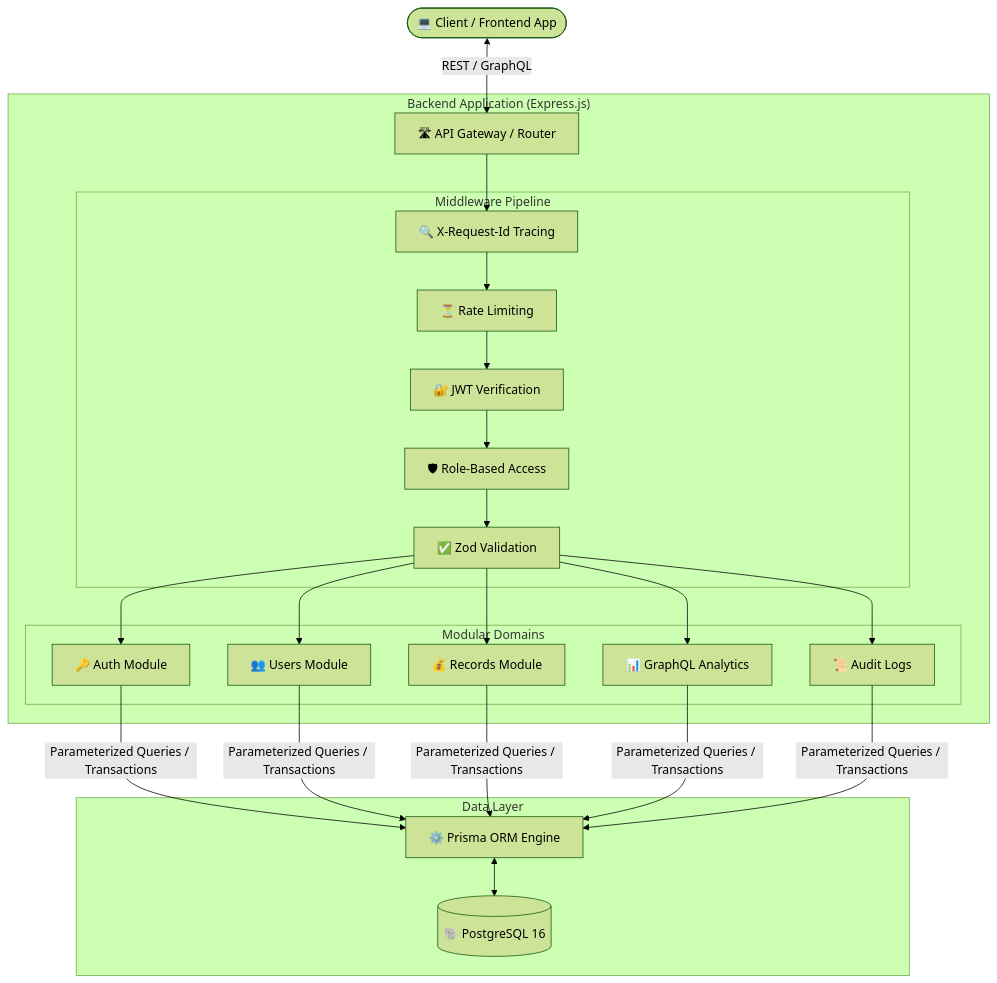
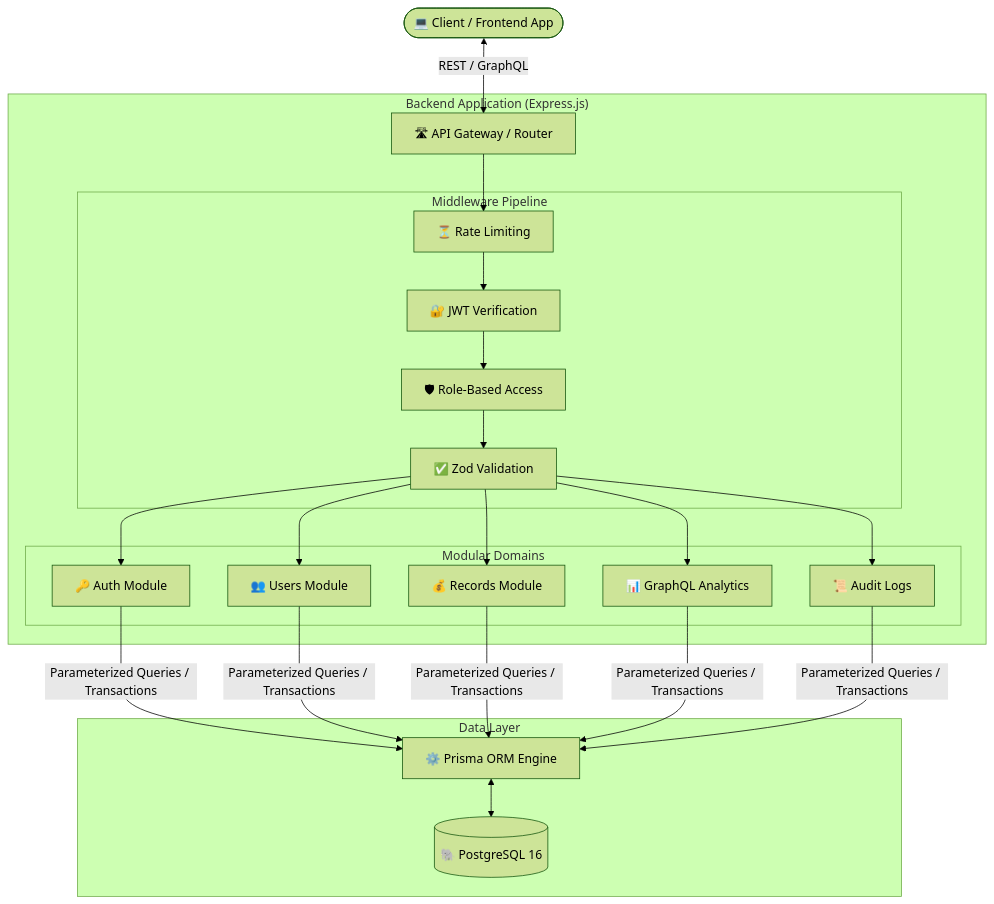
Before and after one commit to nishchaychaudhary1729/backend-zorvyn: the first of 4 diagrams in README.md, drawn with Mermaid (forest theme). The commit also changed other lines of this file and 1 other file, not shown here.

````diff
--- a/README.md
+++ b/README.md
@@ -21,37 +21,36 @@
 ```mermaid
 graph TD
     Client([💻 Client / Frontend App])
     
     subgraph "Backend Application (Express.js)"
         Router[🛣 API Gateway / Router]
         
         subgraph "Middleware Pipeline"
-            Trace[🔍 X-Request-Id Tracing]
             Rate[⏳ Rate Limiting]
             AuthMW[🔐 JWT Verification]
             RBAC[🛡 Role-Based Access]
             Zod[✅ Zod Validation]
         end
         
         subgraph "Modular Domains"
             Auth[🔑 Auth Module]
             Users[👥 Users Module]
             Records[💰 Records Module]
             GQL[📊 GraphQL Analytics]
             Audit[📜 Audit Logs]
         end
 
-        Router --> Trace
-        Trace --> Rate --> AuthMW --> RBAC --> Zod
+        Router --> Rate
+        Rate --> AuthMW --> RBAC --> Zod
         Zod --> Auth & Users & Records & GQL & Audit
     end
 
     subgraph "Data Layer"
         Prisma[⚙️ Prisma ORM Engine]
         DB[(🐘 PostgreSQL 16)]
     end
 
     Auth & Users & Records & GQL & Audit -->|Parameterized Queries / Transactions| Prisma
     Prisma <--> DB
     Client <-->|REST / GraphQL| Router
 ```
````
